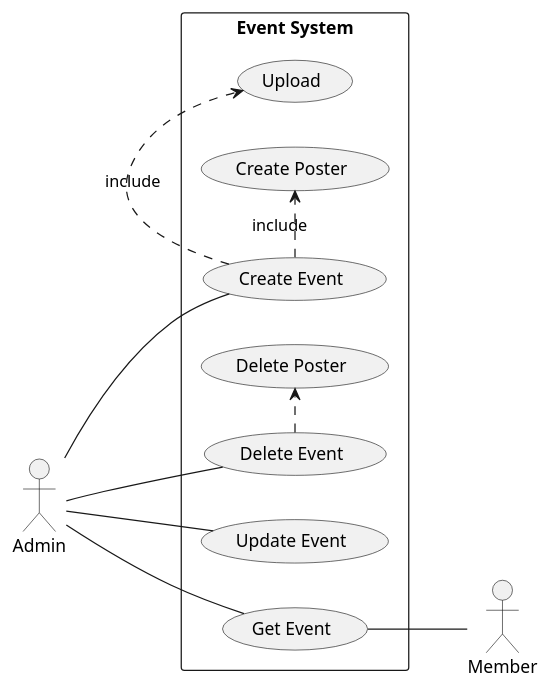
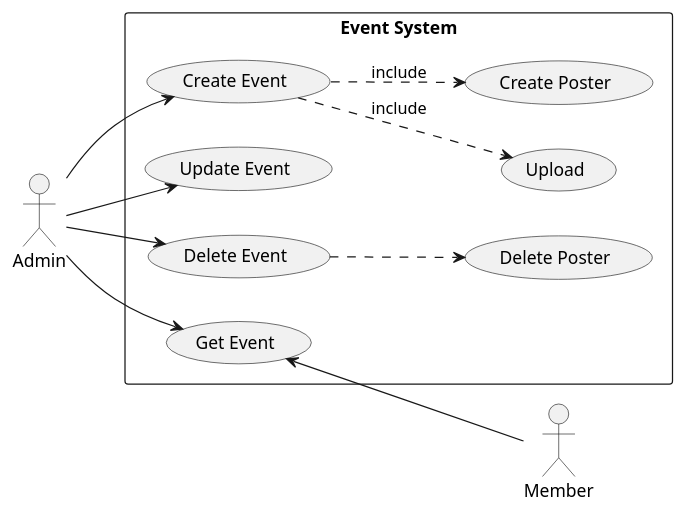
The diagram in UseCase/Release01/EventSubSystem.wsd (fwidjaya20/fazzlearning-uml), drawn with PlantUML before and after one commit. The commit also changed 8 other files, not shown here.

```diff
--- a/UseCase/Release01/EventSubSystem.wsd
+++ b/UseCase/Release01/EventSubSystem.wsd
@@ -1,23 +1,26 @@
 @startuml EventSubSystem
 
 left to right direction
+
+skinparam Monochrome true
+skinparam Shadowing false
 skinparam packageStyle rectangle
 
 actor Admin
 actor Member
 
 rectangle "Event System" {
-    Admin -- (Create Event)
-    Admin -- (Update Event)
-    Admin -- (Delete Event)
-    Admin -- (Get Event)
+    Admin --> (Create Event)
+    Admin --> (Update Event)
+    Admin --> (Delete Event)
+    Admin --> (Get Event)
 
-    (Get Event) -- Member
+    (Get Event) <-- Member
 
-    (Create Event) .> (Upload) : include
-    (Create Event) .> (Create Poster) : include
+    (Create Event) ..> (Upload) : include
+    (Create Event) ..> (Create Poster) : include
     
-    (Delete Event) .> (Delete Poster)
+    (Delete Event) ..> (Delete Poster)
 }
 
 @enduml
```
